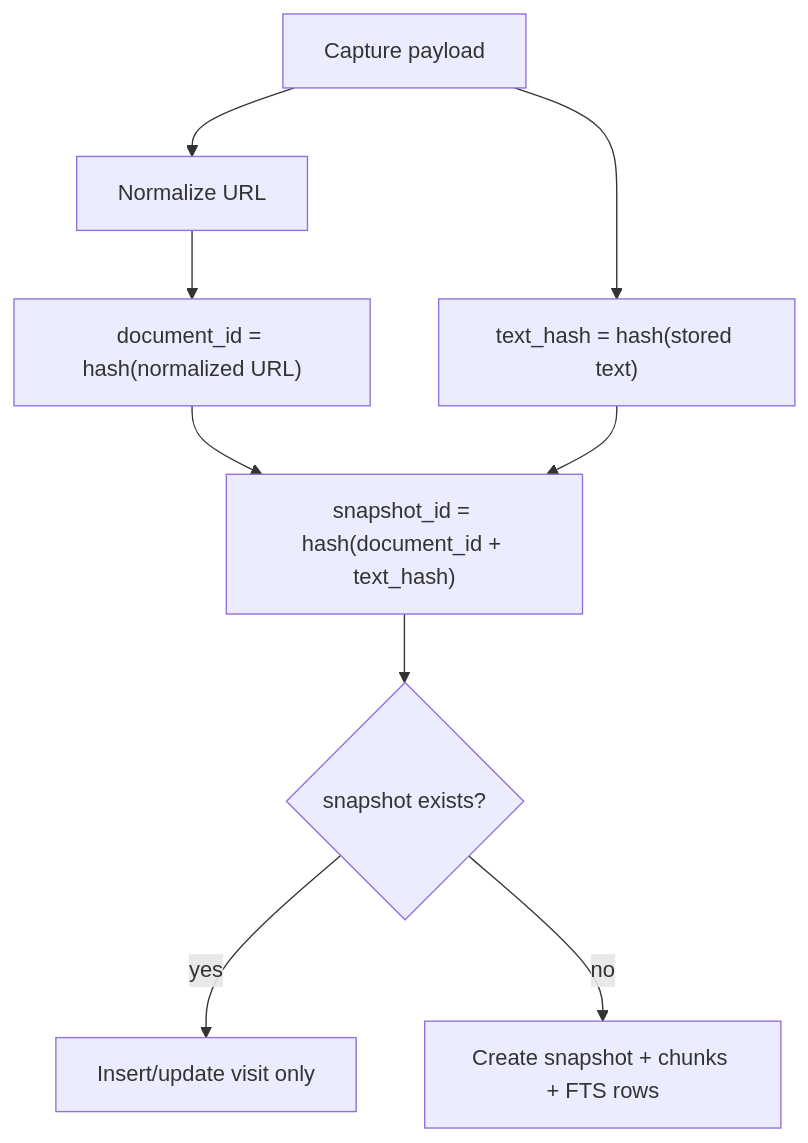
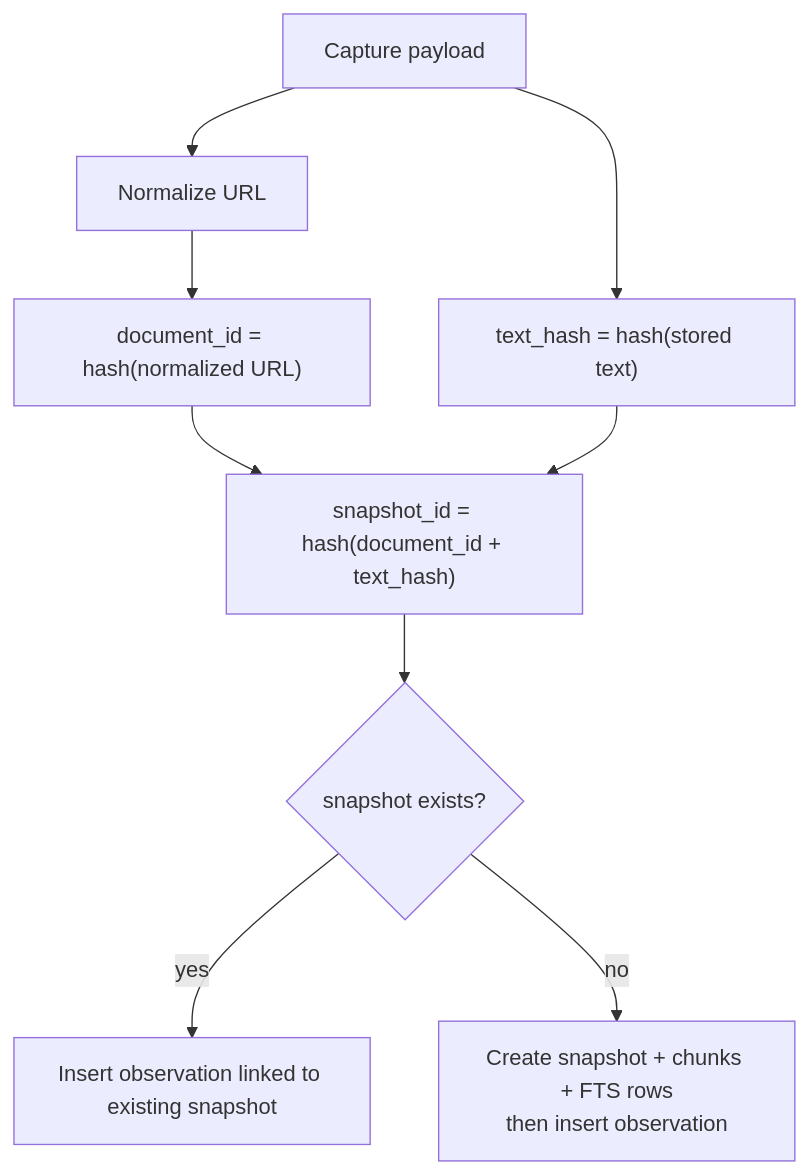
Before and after one commit to michaelnicks0/browser-memory-daemon: the fifth of 8 diagrams in docs/DIAGRAMS.md, drawn with Mermaid. The commit also changed other lines of this file and 25 other files, not shown here.

````diff
--- a/docs/DIAGRAMS.md
+++ b/docs/DIAGRAMS.md
@@ -120,11 +120,11 @@
 ```mermaid
 flowchart TD
   Capture["Capture payload"] --> Normalize["Normalize URL"]
   Normalize --> DocID["document_id = hash(normalized URL)"]
   Capture --> TextHash["text_hash = hash(stored text)"]
   DocID --> SnapshotID["snapshot_id = hash(document_id + text_hash)"]
   TextHash --> SnapshotID
   SnapshotID --> Exists{"snapshot exists?"}
-  Exists -->|"yes"| VisitOnly["Insert/update visit only"]
-  Exists -->|"no"| NewSnapshot["Create snapshot + chunks + FTS rows"]
+  Exists -->|"yes"| ObservationOnly["Insert observation linked to existing snapshot"]
+  Exists -->|"no"| NewSnapshot["Create snapshot + chunks + FTS rows<br/>then insert observation"]
 ```
````
